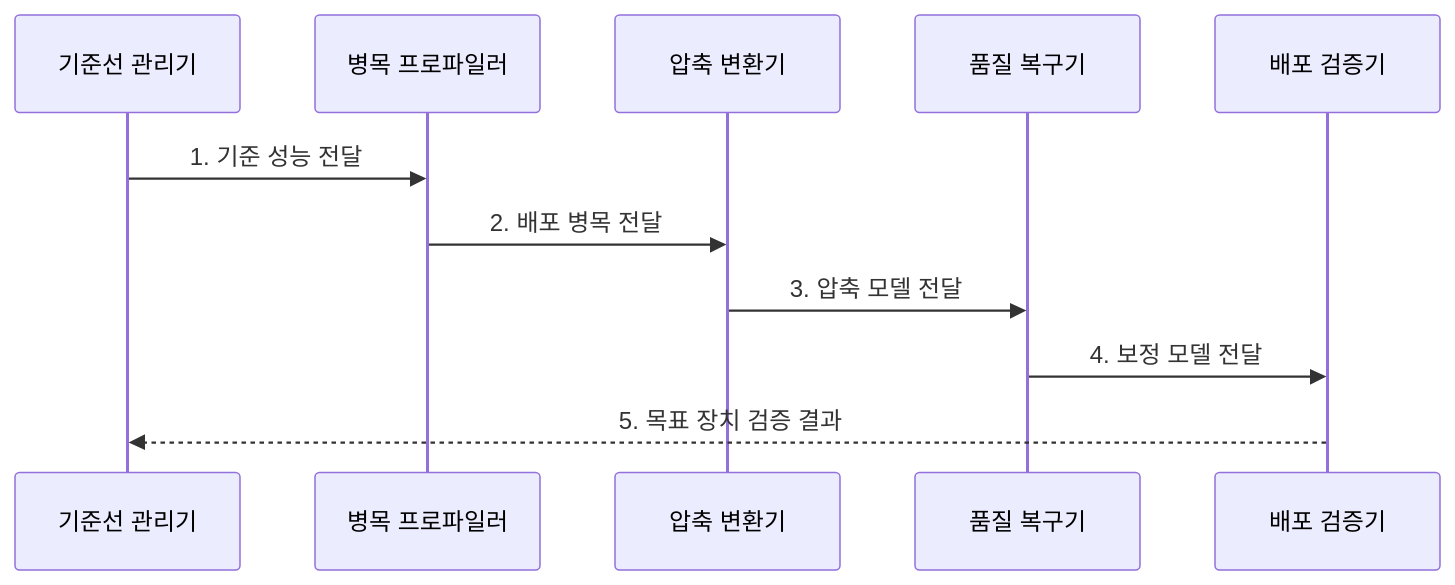
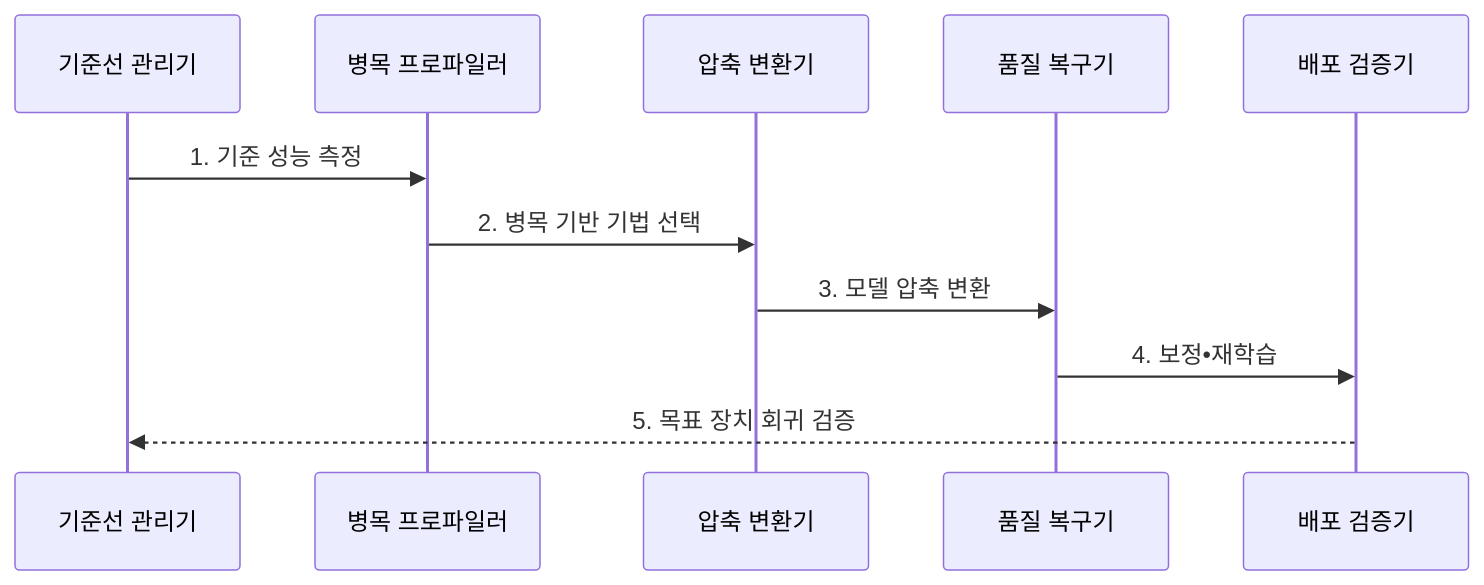
Before and after one commit to agnusdei1207/knowledge-base: the second of 2 diagrams in src/content/docs/notes/08-latest-tech/054_model_compression.md, drawn with Mermaid. The commit also changed other lines of this file and 15 other files, not shown here.

````diff
--- a/src/content/docs/notes/08-latest-tech/054_model_compression.md
+++ b/src/content/docs/notes/08-latest-tech/054_model_compression.md
@@ -107,13 +107,13 @@
 ```mermaid
 sequenceDiagram
     participant B as 기준선 관리기
     participant P as 병목 프로파일러
     participant C as 압축 변환기
     participant T as 품질 복구기
     participant D as 배포 검증기
-    B->>P: 1. 기준 성능 전달
-    P->>C: 2. 배포 병목 전달
-    C->>T: 3. 압축 모델 전달
-    T->>D: 4. 보정 모델 전달
-    D-->>B: 5. 목표 장치 검증 결과
+    B->>P: 1. 기준 성능 측정
+    P->>C: 2. 병목 기반 기법 선택
+    C->>T: 3. 모델 압축 변환
+    T->>D: 4. 보정•재학습
+    D-->>B: 5. 목표 장치 회귀 검증
 ```
````
